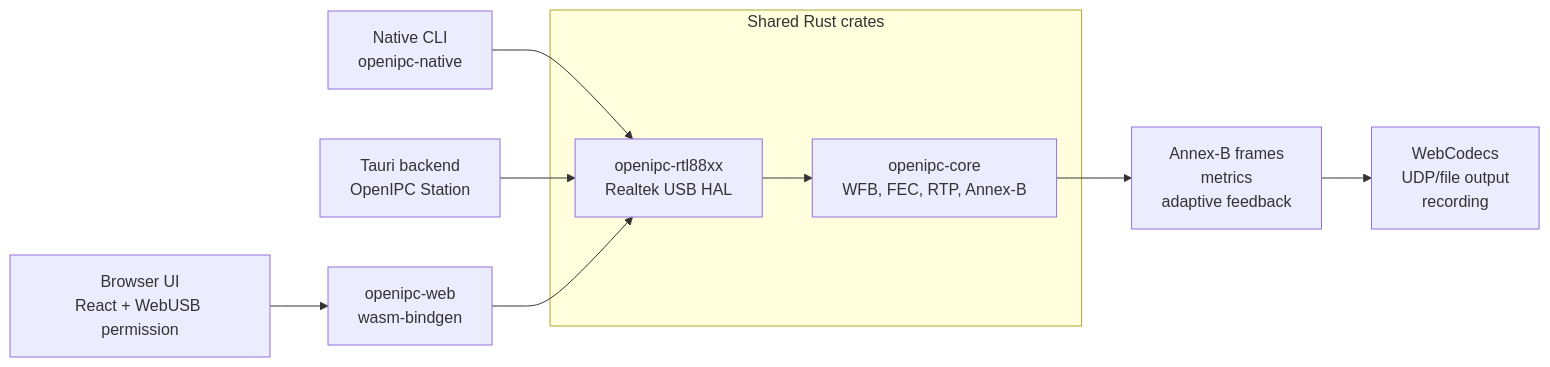
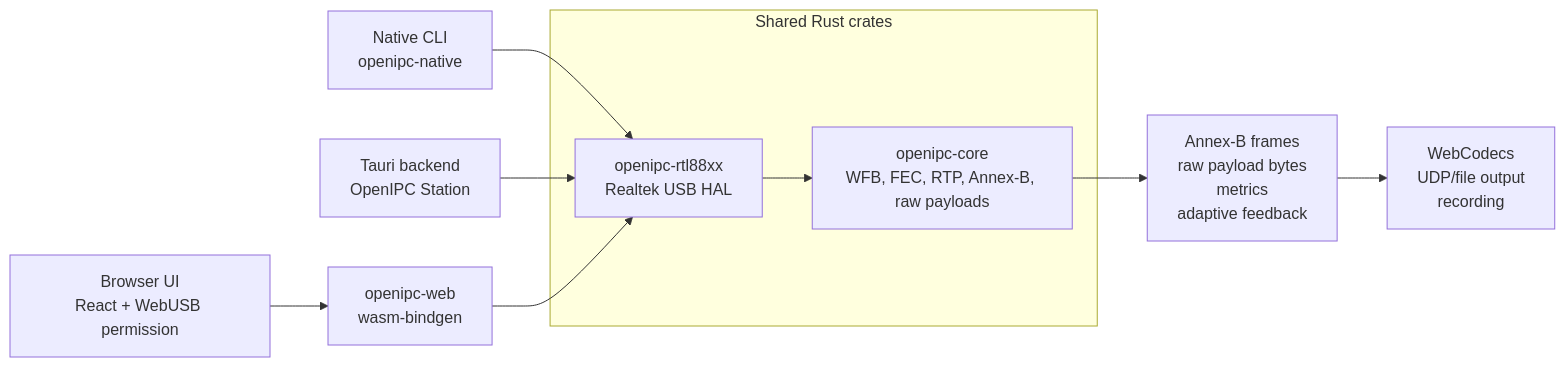
The first of 3 diagrams in docs/docs/architecture.md (neelsani/openipc-rs), drawn with Mermaid before and after one commit. The commit also changed other lines of this file and 74 other files, not shown here.

````diff
--- a/docs/docs/architecture.md
+++ b/docs/docs/architecture.md
@@ -11,15 +11,15 @@
 ```mermaid
 flowchart LR
     subgraph Shared["Shared Rust crates"]
-        Core["openipc-core<br/>WFB, FEC, RTP, Annex-B"]
+        Core["openipc-core<br/>WFB, FEC, RTP, Annex-B, raw payloads"]
         Rtl["openipc-rtl88xx<br/>Realtek USB HAL"]
     end
 
     Native["Native CLI<br/>openipc-native"] --> Rtl
     Desktop["Tauri backend<br/>OpenIPC Station"] --> Rtl
     Browser["Browser UI<br/>React + WebUSB permission"] --> Wasm["openipc-web<br/>wasm-bindgen"]
     Wasm --> Rtl
     Rtl --> Core
-    Core --> Output["Annex-B frames<br/>metrics<br/>adaptive feedback"]
+    Core --> Output["Annex-B frames<br/>raw payload bytes<br/>metrics<br/>adaptive feedback"]
     Output --> Players["WebCodecs<br/>UDP/file output<br/>recording"]
 ```
````
